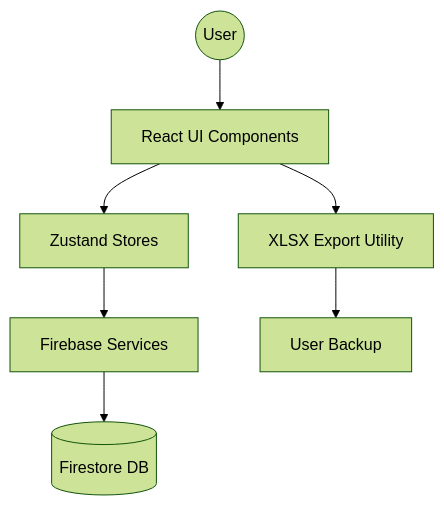
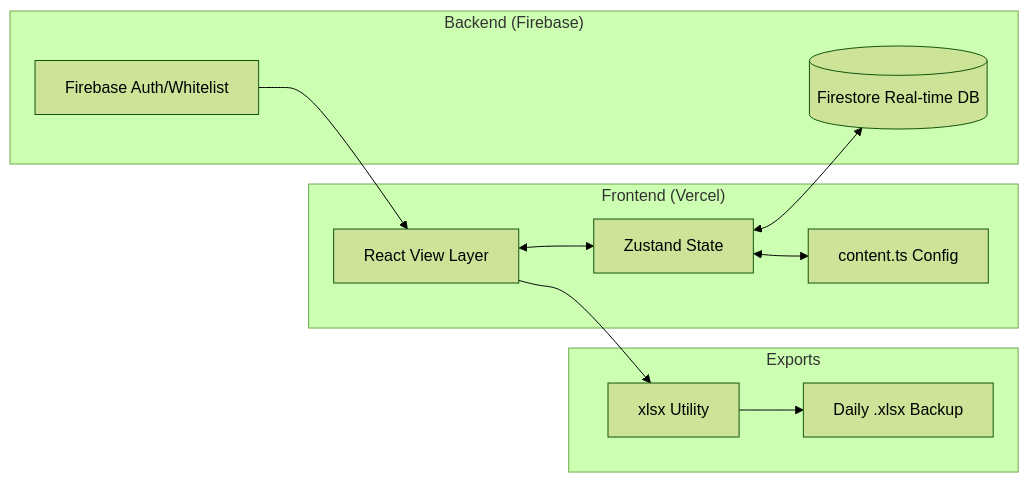
The first of 2 diagrams in docs/ARCHITECTURE.md (pankaj-kumar-techie/mietprozess), drawn with Mermaid (forest theme) before and after one commit. The commit also changed other lines of this file and 4 other files, not shown here.

Commit message:
modified:   README.md 	modified:   docs/ARCHITECTURE.md 	new file:   docs/CUSTOMIZATION_EXAMPLES.md 	new file:   docs/FUTURE_ROADMAP.md 	new file:   docs/NO_CODE_MASTERY.md

````diff
--- a/docs/ARCHITECTURE.md
+++ b/docs/ARCHITECTURE.md
@@ -8,9 +8,17 @@
 ```mermaid
-graph TD
-    User((User)) --> UI[React UI Components]
-    UI --> Stores[Zustand Stores]
-    Stores --> Services[Firebase Services]
-    Services --> DB[(Firestore DB)]
-    UI --> Export[XLSX Export Utility]
-    Export --> Download[User Backup]
+graph LR
+    subgraph "Frontend (Vercel)"
+        UI[React View Layer] <--> Store[Zustand State]
+        Store <--> Content[content.ts Config]
+    end
+    
+    subgraph "Backend (Firebase)"
+        Store <--> Firestore[(Firestore Real-time DB)]
+        Auth[Firebase Auth/Whitelist] --> UI
+    end
+    
+    subgraph "Exports"
+        UI --> XLSX[xlsx Utility]
+        XLSX --> File[Daily .xlsx Backup]
+    end
 ```
````
